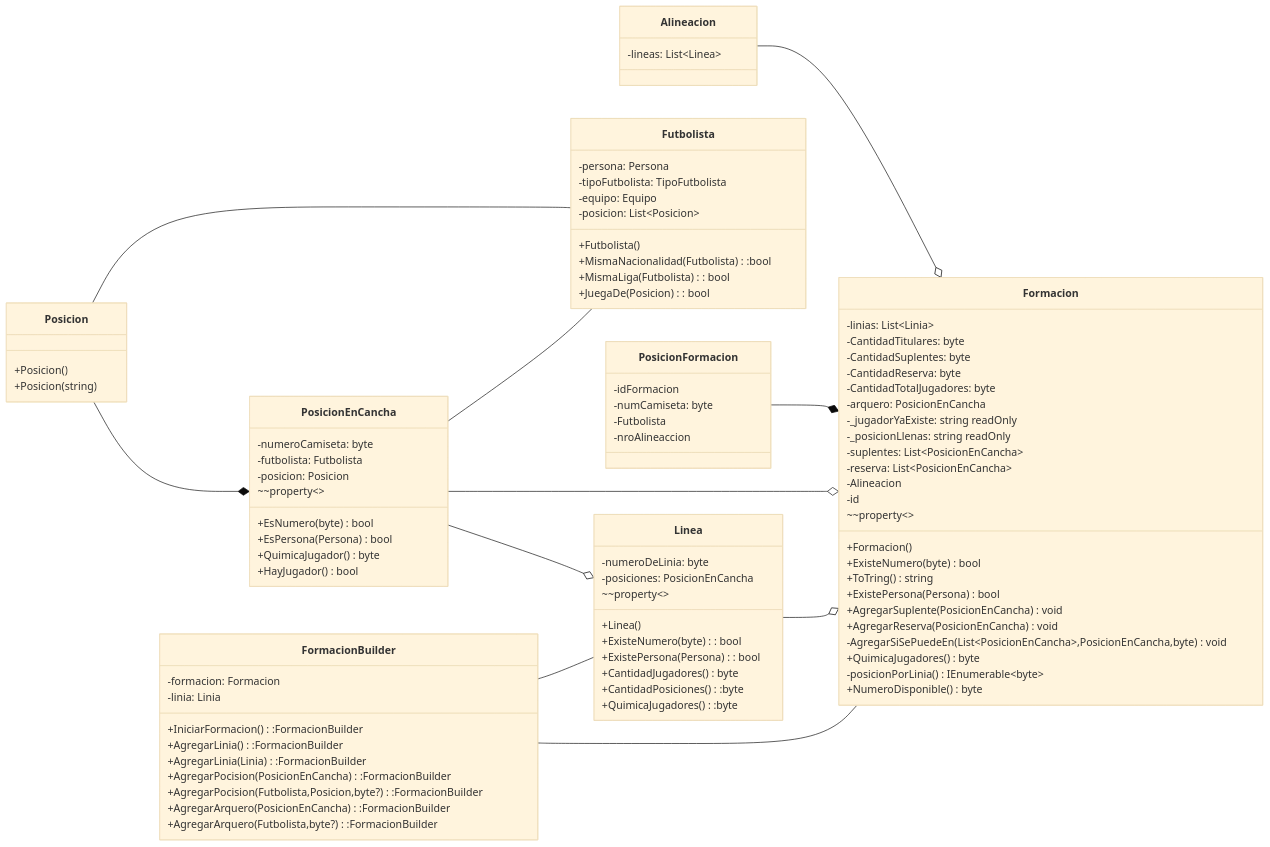
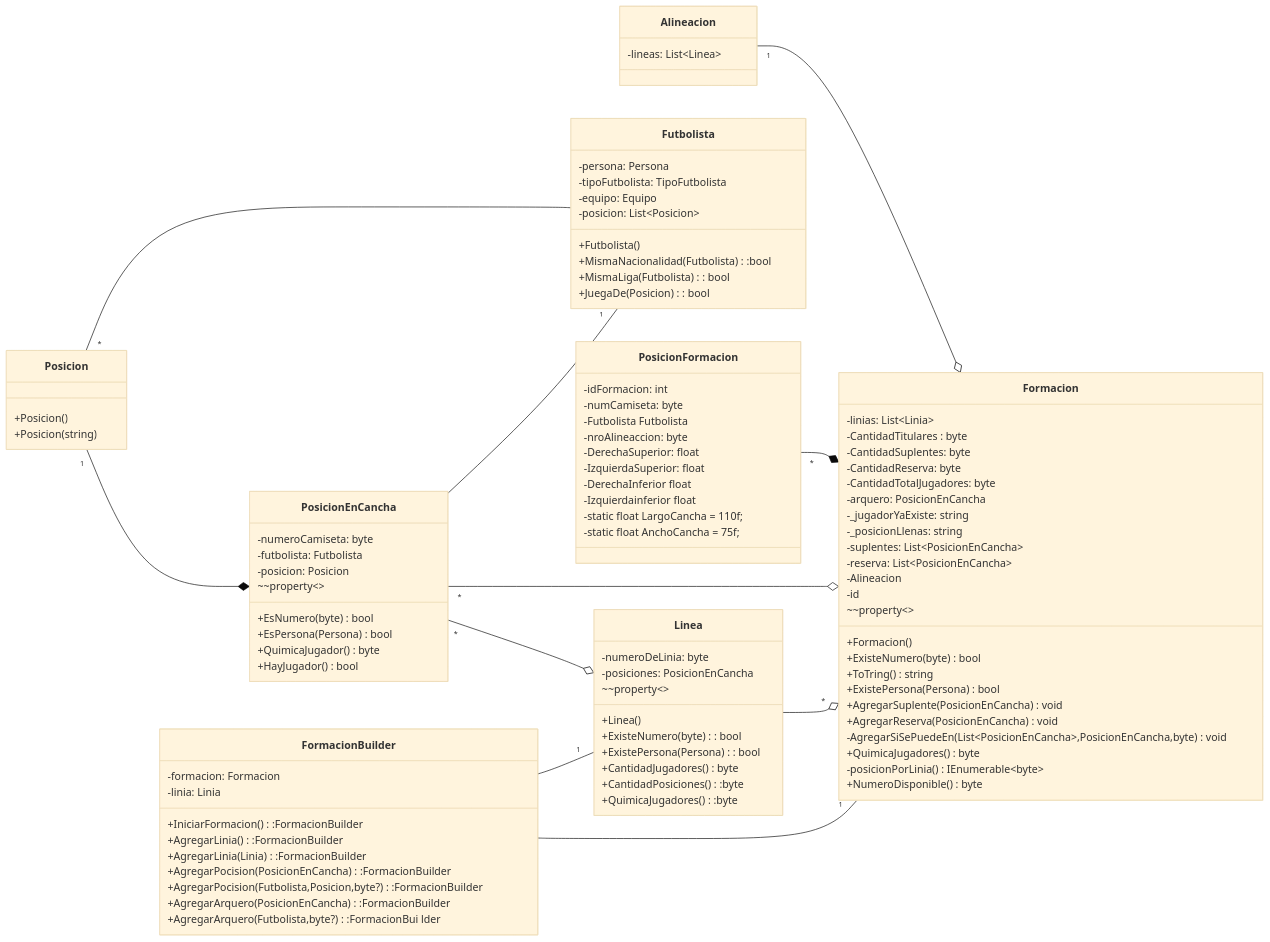
One commit to josesinio/Fulbo12 changed the diagram in src/Fulbo12.Core/Formacion/README.md. Above: the diagram before and after it, drawn with Mermaid (base theme).

Commit message:
Finalización del diagrama de Formación Mermaid

````diff
--- a/src/Fulbo12.Core/Formacion/README.md
+++ b/src/Fulbo12.Core/Formacion/README.md
@@ -13,30 +13,30 @@
         +AgregarPocision(PosicionEnCancha) :FormacionBuilder
         +AgregarPocision(Futbolista,Posicion,byte?) :FormacionBuilder
         +AgregarArquero(PosicionEnCancha) :FormacionBuilder
-        +AgregarArquero(Futbolista,byte?) :FormacionBuilder
+        +AgregarArquero(Futbolista,byte?) :FormacionBui lder
       }
 
-        FormacionBuilder -- Formacion
-        FormacionBuilder -- Linea
-        Linea --o Formacion
-        PosicionEnCancha --o Formacion
-        PosicionEnCancha --o  Linea
-        Posicion --* PosicionEnCancha
-        PosicionEnCancha -- Futbolista
-        Posicion -- Futbolista
-        PosicionFormacion --* Formacion
-        Alineacion --o Formacion
+        FormacionBuilder --"1" Formacion
+        FormacionBuilder --"1" Linea
+        Linea --o"*" Formacion
+        PosicionEnCancha "*"--o Formacion
+        PosicionEnCancha "*"--o  Linea
+        Posicion "1"--* PosicionEnCancha
+        PosicionEnCancha --"1" Futbolista
+        Posicion "*"-- Futbolista
+        PosicionFormacion "*"--* Formacion
+        Alineacion "1"--o Formacion
 
 
       class Formacion{
         -linias: List~Linia~
-        -CantidadTitulares: byte
+        -CantidadTitulares : byte
         -CantidadSuplentes: byte
         -CantidadReserva: byte
         -CantidadTotalJugadores: byte
         -arquero: PosicionEnCancha
-        -_jugadorYaExiste: string readOnly
-        -_posicionLlenas: string readOnly
+        -_jugadorYaExiste: string 
+        -_posicionLlenas: string 
         -suplentes: List~PosicionEnCancha~
         -reserva: List~PosicionEnCancha~
         -Alineacion
@@ -98,14 +98,20 @@
       }
 
       class PosicionFormacion{
-      -idFormacion
+      -idFormacion: int
       -numCamiseta: byte
-      -Futbolista
-      -nroAlineaccion
-
+      -Futbolista Futbolista 
+      -nroAlineaccion: byte
+      -DerechaSuperior: float 
+      -IzquierdaSuperior: float 
+      -DerechaInferior float
+      -Izquierdainferior float 
+      -static  float LargoCancha = 110f;
+      -static  float AnchoCancha = 75f;
+      
 
 
       }
-
+ 
 
 ```
````
